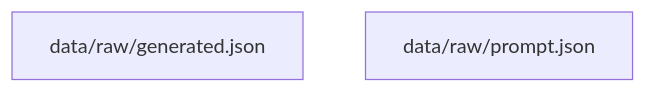
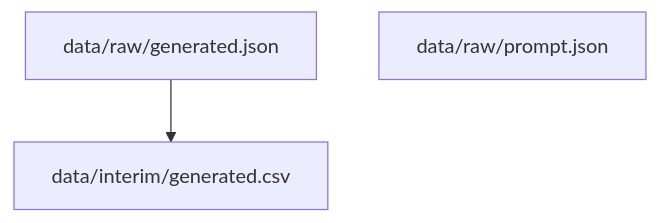
The second of 2 diagrams in PIPELINE.md (u-masao/chat_memo), drawn with Mermaid before and after one commit. The commit also changed other lines of this file, not shown here.

Commit message:
[update] dvc repro

````diff
--- a/PIPELINE.md
+++ b/PIPELINE.md
@@ -7,5 +9,7 @@
 ```mermaid
 flowchart TD
-	node1["data/raw/generated.json"]
-	node2["data/raw/prompt.json"]
+	node1["data/interim/generated.csv"]
+	node2["data/raw/generated.json"]
+	node2-->node1
+	node3["data/raw/prompt.json"]
 ```
````
